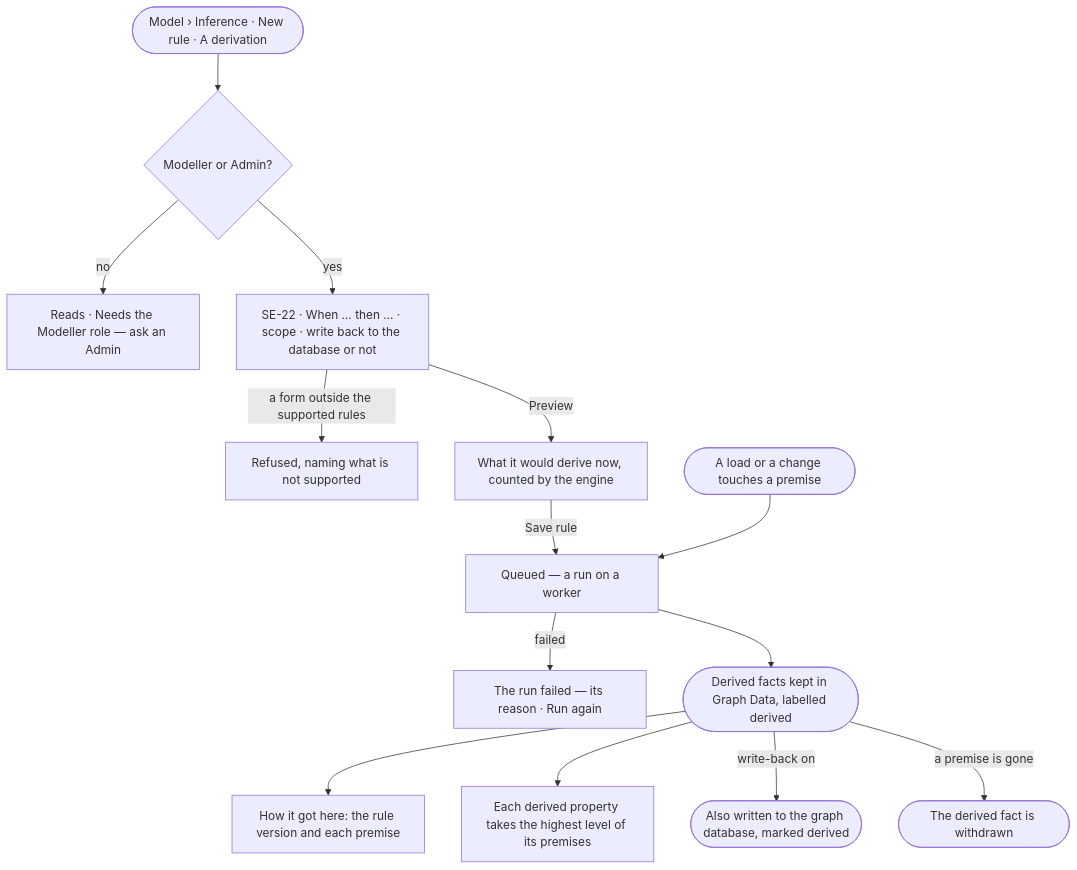
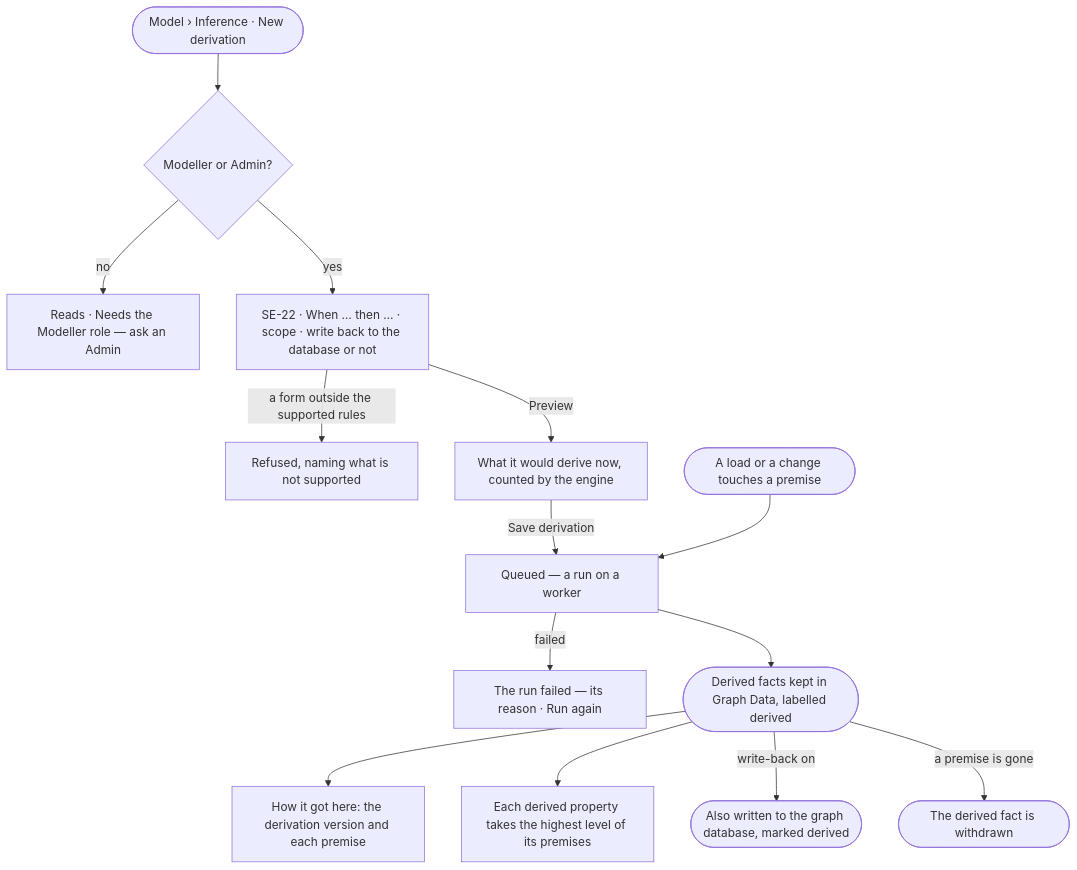
Before and after one commit to invana/invana: the first of 2 diagrams in specs/capabilities/semantics/features/SE-F08-inference/feature.md, drawn with Mermaid. The commit also changed other lines of this file and 69 other files, not shown here.

````diff
--- a/specs/capabilities/semantics/features/SE-F08-inference/feature.md
+++ b/specs/capabilities/semantics/features/SE-F08-inference/feature.md
@@ -22,16 +22,16 @@
 ```mermaid
 flowchart TD
-  start([Model › Inference · New rule · A derivation]) --> may{Modeller or Admin?}
+  start([Model › Inference · New derivation]) --> may{Modeller or Admin?}
   may -->|no| na["Reads · Needs the Modeller role — ask an Admin"]
   may -->|yes| d["SE-22 · When … then … · scope · write back to the database or not"]
   d -->|a form outside the supported rules| bad["Refused, naming what is not supported"]
   d -->|Preview| pv["What it would derive now, counted by the engine"]
-  pv -->|Save rule| q["Queued — a run on a worker"]
+  pv -->|Save derivation| q["Queued — a run on a worker"]
   q -->|failed| ff["The run failed — its reason · Run again"]
   q --> r(["Derived facts kept in Graph Data, labelled derived"])
-  r --> h["How it got here: the rule version and each premise"]
+  r --> h["How it got here: the derivation version and each premise"]
   r --> lv["Each derived property takes the highest level of its premises"]
   r -->|write-back on| wb(["Also written to the graph database, marked derived"])
   ch([A load or a change touches a premise]) --> q
   r -->|a premise is gone| rm(["The derived fact is withdrawn"])
 ```
````
